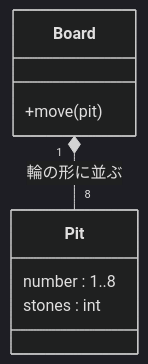
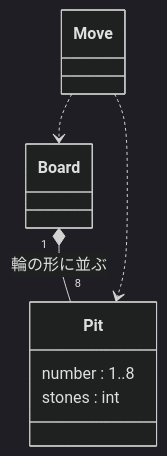
The diagram in docs/model.md (yattom/tdd-mancara), drawn with Mermaid (dark theme) before and after one commit. The commit also changed other lines of this file and 1 other file, not shown here.

Commit message:
ドメインモデルでMoveを独立した概念にする
Claude-Session: https://claude.ai/code/session_01Viho89gF9Kab6ZCc3Tf836

````diff
--- a/docs/model.md
+++ b/docs/model.md
@@ -7,11 +7,12 @@
 ```mermaid
 classDiagram
-    class Board {
-        +move(pit)
-    }
+    class Board
     class Pit {
         number : 1..8
         stones : int
     }
+    class Move
     Board "1" *-- "8" Pit : 輪の形に並ぶ
+    Move ..> Board
+    Move ..> Pit
 ```
````
